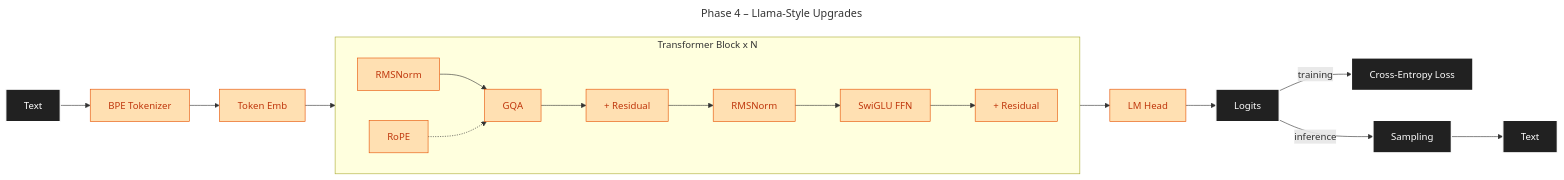
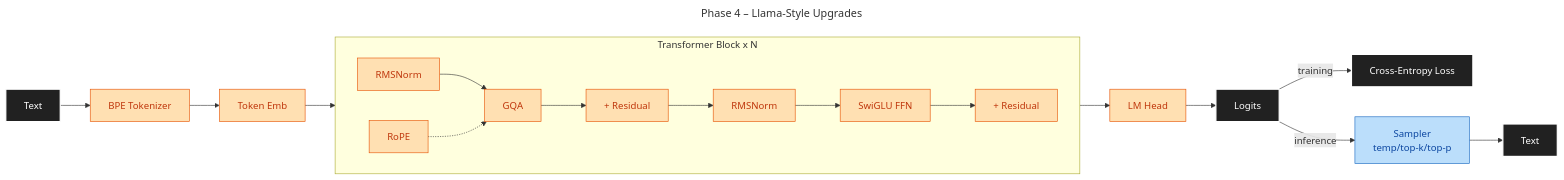
Before and after one commit to maxjbarfuss/max_llm: the third of 7 diagrams in docs/DESIGN.md, drawn with Mermaid. The commit also changed other lines of this file and 11 other files, not shown here.

Commit message:
Refactor inference utilities and sampling

````diff
--- a/docs/DESIGN.md
+++ b/docs/DESIGN.md
@@ -48,17 +48,18 @@
 ```mermaid
 ---
 title: Phase 4 – Llama-Style Upgrades
 ---
 graph LR
     A[Text]:::io --> B[BPE Tokenizer]:::p4 --> C[Token Emb]:::p4 --> Block
     subgraph Block[Transformer Block x N]
         direction LR
         D[RMSNorm]:::p4 --> E[GQA]:::p4 --> F[+ Residual]:::p4 --> G[RMSNorm]:::p4 --> H[SwiGLU FFN]:::p4 --> I[+ Residual]:::p4
         RoPE:::p4 -.-> E
     end
     Block --> J[LM Head]:::p4 --> K[Logits]:::io
     K -->|training| L[Cross-Entropy Loss]:::io
-    K -->|inference| M[Sampling]:::io --> N[Text]:::io
+    K -->|inference| M[Sampler<br/>temp/top-k/top-p]:::p3 --> N[Text]:::io
     classDef io fill:#212121,stroke:#FFFFFF,color:#FFFFFF,stroke-width:2px
+    classDef p3 fill:#BBDEFB,stroke:#1565C0,color:#0D47A1
     classDef p4 fill:#FFE0B2,stroke:#E65100,color:#BF360C
 ```
````
